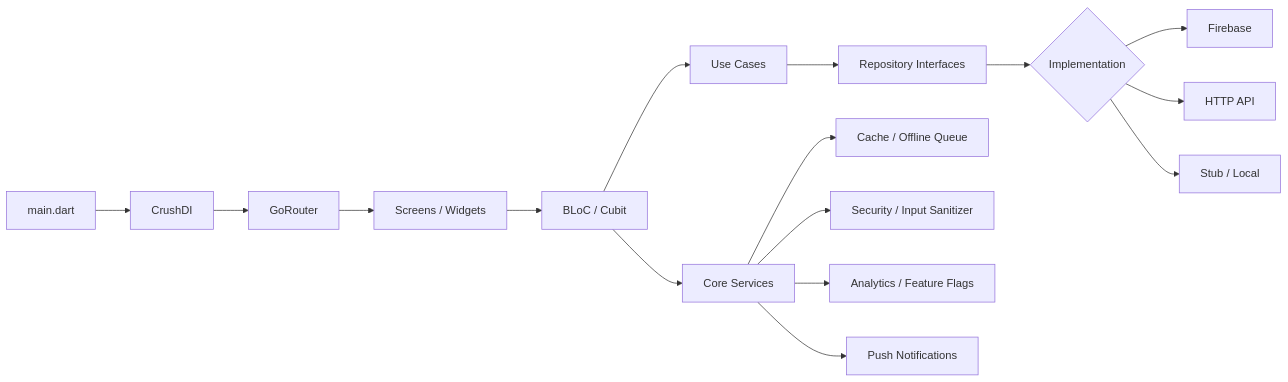
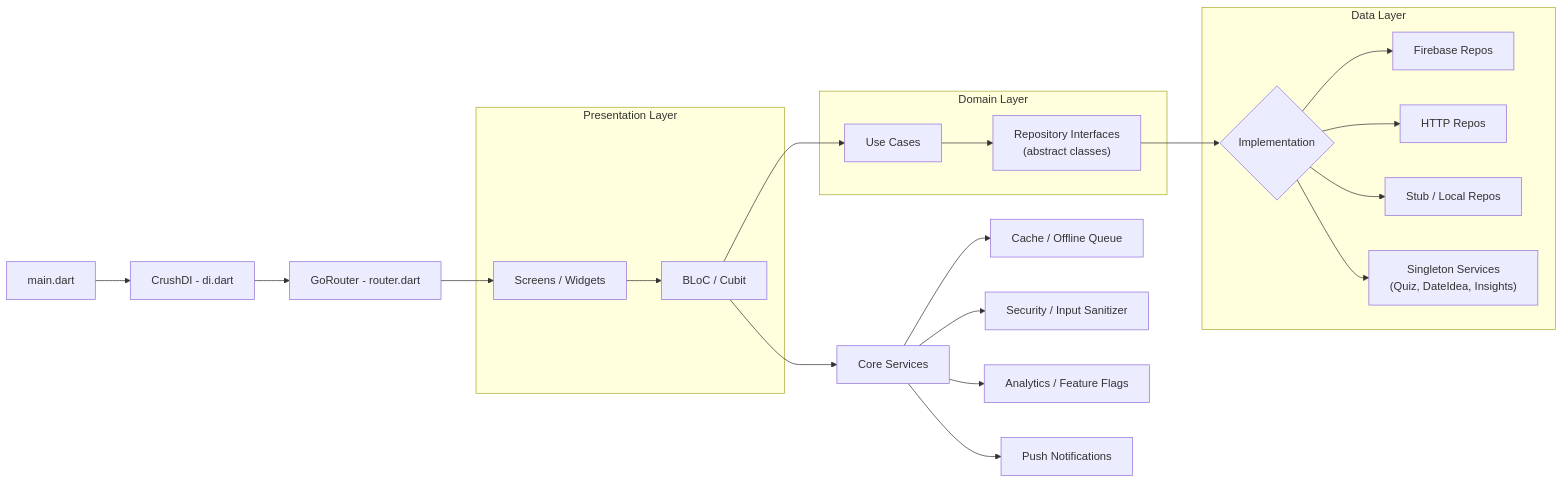
One commit to Aceadk/my_first_project changed the ninth of 10 diagrams in docs/project_flowchart.md. Above: the diagram before and after it, drawn with Mermaid. The commit also changed other lines of this file and 130 other files, not shown here.

First line of the commit message:
refactor: complete clean architecture, accessibility, and performance audit

````diff
--- a/docs/project_flowchart.md
+++ b/docs/project_flowchart.md
@@ -301,18 +314,29 @@
 ```mermaid
 flowchart LR
-  APP[main.dart] --> DI[CrushDI]
-  DI --> ROUTER[GoRouter]
+  APP[main.dart] --> DI[CrushDI - di.dart]
+  DI --> ROUTER[GoRouter - router.dart]
   ROUTER --> UI[Screens / Widgets]
-  UI --> BL[BLoC / Cubit]
-  BL --> UC[Use Cases]
-  UC --> REPO[Repository Interfaces]
-  REPO --> IMPL{Implementation}
-  IMPL --> FB[Firebase]
-  IMPL --> HTTP[HTTP API]
-  IMPL --> STUB[Stub / Local]
+
+  subgraph "Presentation Layer"
+    UI --> BL[BLoC / Cubit]
+  end
+
+  subgraph "Domain Layer"
+    BL --> UC[Use Cases]
+    UC --> REPO["Repository Interfaces<br/>(abstract classes)"]
+  end
+
+  subgraph "Data Layer"
+    REPO --> IMPL{Implementation}
+    IMPL --> FB[Firebase Repos]
+    IMPL --> HTTP[HTTP Repos]
+    IMPL --> STUB[Stub / Local Repos]
+    IMPL --> SVC["Singleton Services<br/>(Quiz, DateIdea, Insights)"]
+  end
+
   BL --> CORE[Core Services]
   CORE --> CACHE[Cache / Offline Queue]
   CORE --> SEC[Security / Input Sanitizer]
   CORE --> ANALYTICS[Analytics / Feature Flags]
   CORE --> NOTIF[Push Notifications]
 ```
````
